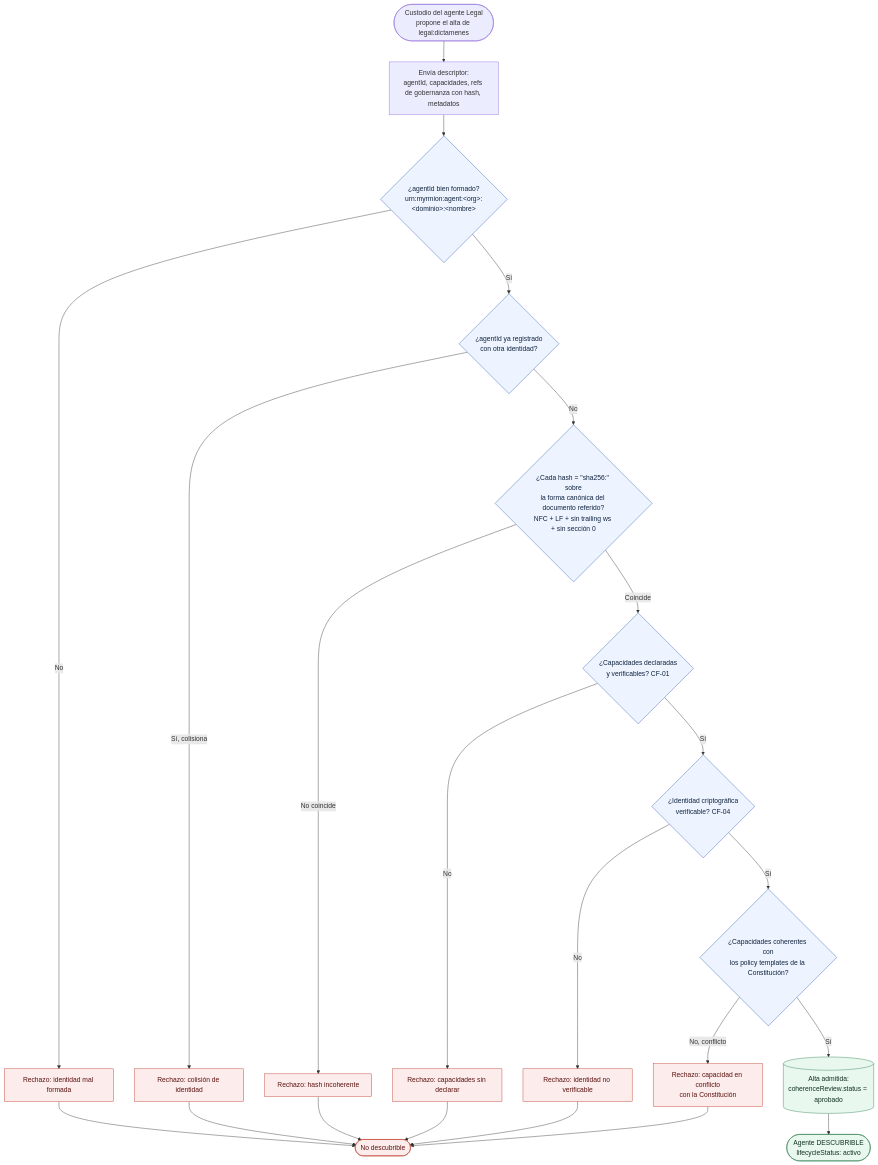
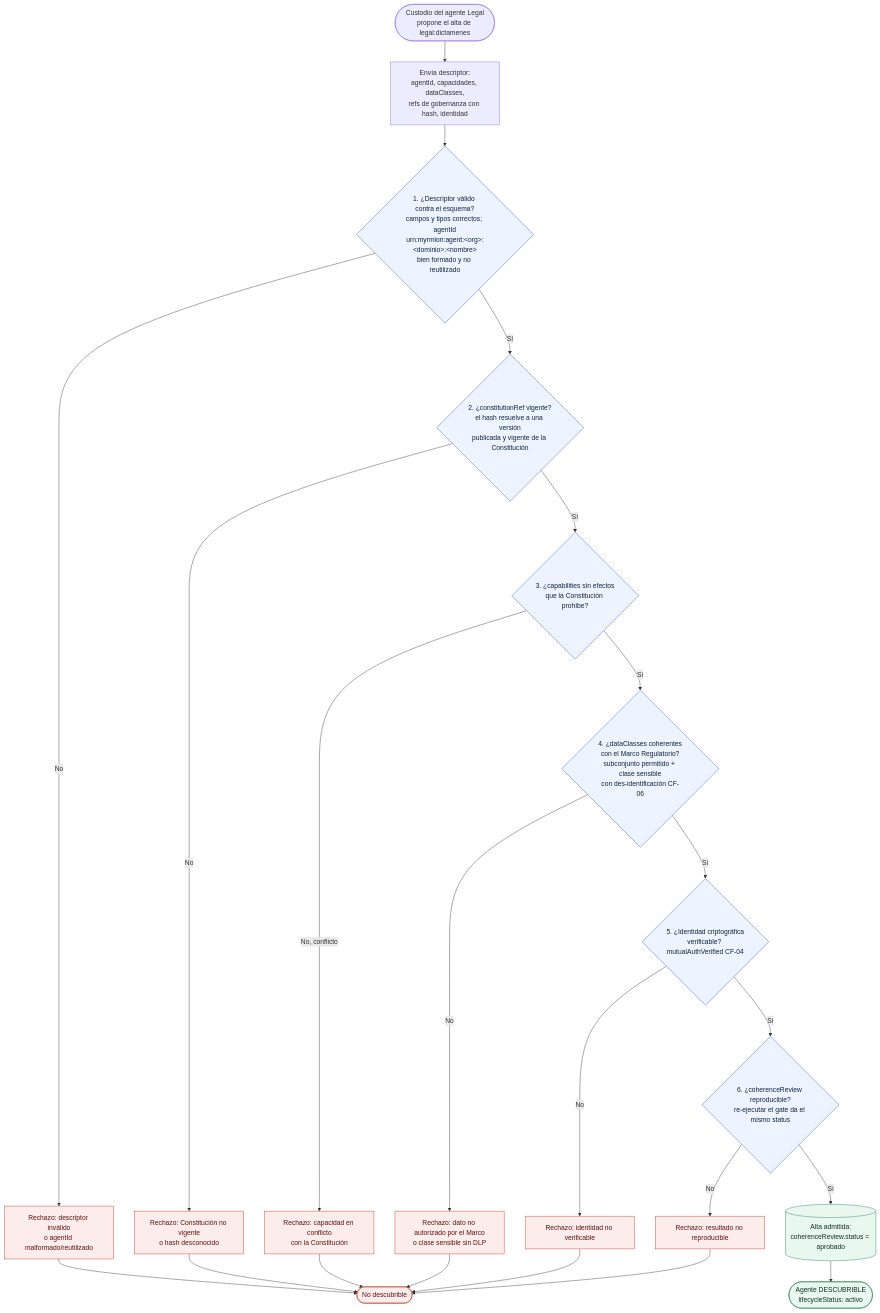
One commit to e2its/myrmion-framework changed the diagram in examples/federation/diagramas/gate-coherencia-registro.md. Above: the diagram before and after it, drawn with Mermaid. The commit also changed other lines of this file and 1 other file, not shown here.

Commit message:
docs(federation): alinea el diagrama del gate a las seis comprobaciones de §2.1
El diagrama de ejemplo mostraba seis compuertas que no coincidían con las seis
comprobaciones normativas de gobernanza §2.1: faltaban #4 (dataClasses vs Marco
Regulatorio) y #6 (coherenceReview reproducible), y partía agentId en dos. Lo
reescribe (flowchart + tabla + prosa) a las seis normativas, incorporando la
comprobación del Marco que faltaba.

````diff
--- a/examples/federation/diagramas/gate-coherencia-registro.md
+++ b/examples/federation/diagramas/gate-coherencia-registro.md
@@ -17,39 +17,39 @@
 ```mermaid
 flowchart TD
-    A([Custodio del agente Legal<br/>propone el alta de legal:dictamenes]) --> B[Envía descriptor:<br/>agentId, capacidades, refs de gobernanza con hash, metadatos]
+    A([Custodio del agente Legal<br/>propone el alta de legal:dictamenes]) --> B[Envía descriptor:<br/>agentId, capacidades, dataClasses,<br/>refs de gobernanza con hash, identidad]
 
-    B --> G1{¿agentId bien formado?<br/>urn:myrmion:agent:&lt;org&gt;:&lt;dominio&gt;:&lt;nombre&gt;}
-    G1 -- No --> R1[Rechazo: identidad mal formada]
-    G1 -- Sí --> G2{¿agentId ya registrado<br/>con otra identidad?}
+    B --> G1{1. ¿Descriptor válido contra el esquema?<br/>campos y tipos correctos; agentId<br/>urn:myrmion:agent:&lt;org&gt;:&lt;dominio&gt;:&lt;nombre&gt;<br/>bien formado y no reutilizado}
+    G1 -- No --> R1[Rechazo: descriptor inválido<br/>o agentId malformado/reutilizado]
+    G1 -- Sí --> G2{2. ¿constitutionRef vigente?<br/>el hash resuelve a una versión<br/>publicada y vigente de la Constitución}
 
-    G2 -- Sí, colisiona --> R2[Rechazo: colisión de identidad]
-    G2 -- No --> G3{¿Cada hash = &quot;sha256:&quot; sobre<br/>la forma canónica del documento referido?<br/>NFC + LF + sin trailing ws + sin sección 0}
+    G2 -- No --> R2[Rechazo: Constitución no vigente<br/>o hash desconocido]
+    G2 -- Sí --> G3{3. ¿capabilities sin efectos<br/>que la Constitución prohíbe?}
 
-    G3 -- No coincide --> R3[Rechazo: hash incoherente]
-    G3 -- Coincide --> G4{¿Capacidades declaradas<br/>y verificables? CF-01}
+    G3 -- No, conflicto --> R3[Rechazo: capacidad en conflicto<br/>con la Constitución]
+    G3 -- Sí --> G4{4. ¿dataClasses coherentes<br/>con el Marco Regulatorio?<br/>subconjunto permitido + clase sensible<br/>con des-identificación CF-06}
 
-    G4 -- No --> R4[Rechazo: capacidades sin declarar]
-    G4 -- Sí --> G5{¿Identidad criptográfica<br/>verificable? CF-04}
+    G4 -- No --> R4[Rechazo: dato no autorizado por el Marco<br/>o clase sensible sin DLP]
+    G4 -- Sí --> G5{5. ¿Identidad criptográfica<br/>verificable? mutualAuthVerified CF-04}
 
     G5 -- No --> R5[Rechazo: identidad no verificable]
-    G5 -- Sí --> G6{¿Capacidades coherentes con<br/>los policy templates de la Constitución?}
+    G5 -- Sí --> G6{6. ¿coherenceReview reproducible?<br/>re-ejecutar el gate da el mismo status}
 
-    G6 -- No, conflicto --> R6[Rechazo: capacidad en conflicto<br/>con la Constitución]
+    G6 -- No --> R6[Rechazo: resultado no reproducible]
     G6 -- Sí --> P[(Alta admitida:<br/>coherenceReview.status = aprobado)]
 
     P --> D([Agente DESCUBRIBLE<br/>lifecycleStatus: activo])
 
     R1 --> X([No descubrible])
     R2 --> X
     R3 --> X
     R4 --> X
     R5 --> X
     R6 --> X
 
     classDef ok fill:#e9f8ee,stroke:#2e7d4f,color:#11321f;
     classDef bad fill:#fdecec,stroke:#c0392b,color:#5a1410;
     classDef gate fill:#eef4ff,stroke:#2b5bb0,color:#10233f;
     class P,D ok;
     class R1,R2,R3,R4,R5,R6,X bad;
     class G1,G2,G3,G4,G5,G6 gate;
 ```
````
